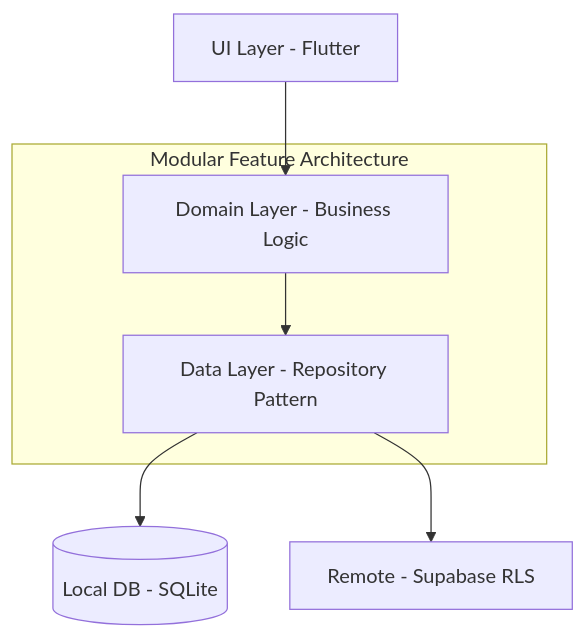
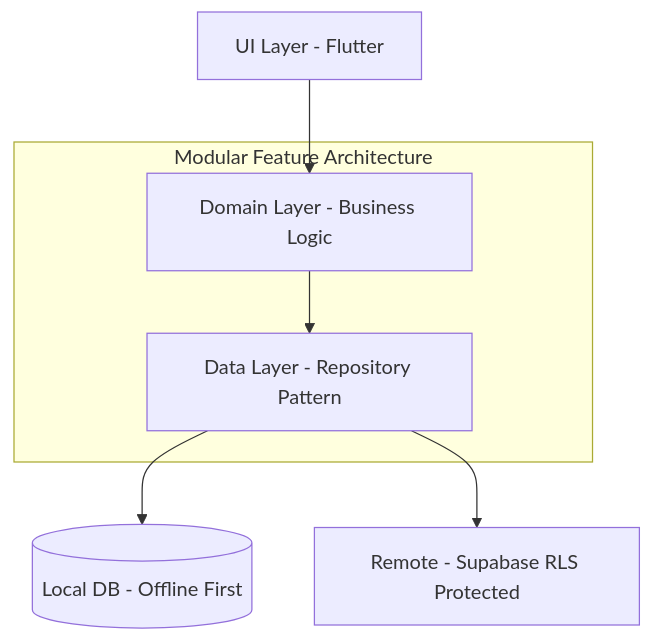
Before and after one commit to sanadidari/nour-mobile: the diagram in README.md, drawn with Mermaid. The commit also changed other lines of this file and 1 other file, not shown here.

````diff
--- a/README.md
+++ b/README.md
@@ -26,11 +32,11 @@
 ```mermaid
 graph TD
     A[UI Layer - Flutter] --> B[Domain Layer - Business Logic]
     B --> C[Data Layer - Repository Pattern]
-    C --> D[(Local DB - SQLite)]
-    C --> E[Remote - Supabase RLS]
+    C --> D[(Local DB - Offline First)]
+    C --> E[Remote - Supabase RLS Protected]
     subgraph "Modular Feature Architecture"
     B
     C
     end
 ```
````
